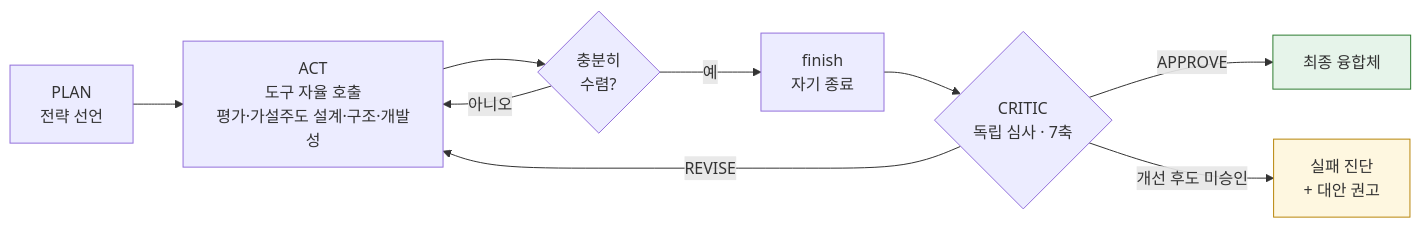
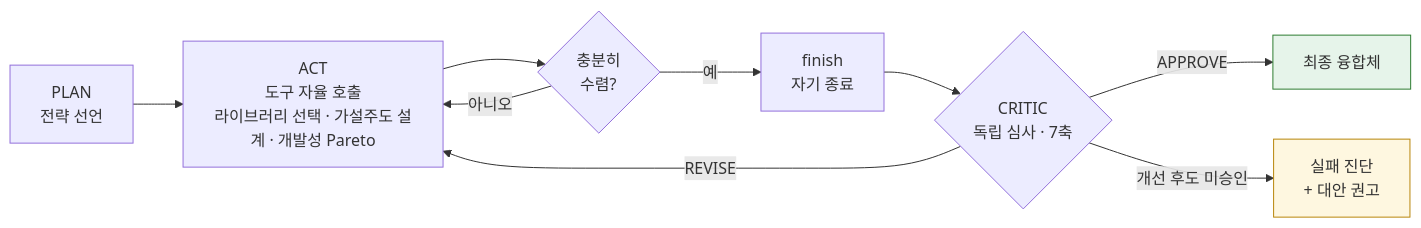
The fourth of 9 diagrams in 아키텍처.md (yunseul6028/BBB-Optimizer), drawn with Mermaid before and after one commit. The commit also changed other lines of this file and 22 other files, not shown here.

````diff
--- a/아키텍처.md
+++ b/아키텍처.md
@@ -160,14 +163,14 @@
 ```mermaid
 flowchart LR
-  P["PLAN<br/>전략 선언"] --> A["ACT<br/>도구 자율 호출<br/>평가·가설주도 설계·구조·개발성"]
+  P["PLAN<br/>전략 선언"] --> A["ACT<br/>도구 자율 호출<br/>라이브러리 선택 · 가설주도 설계 · 개발성 Pareto"]
   A --> Q{"충분히<br/>수렴?"}
   Q -->|아니오| A
   Q -->|예| FIN["finish<br/>자기 종료"]
   FIN --> C{"CRITIC<br/>독립 심사 · 7축"}
   C -->|APPROVE| OUT["최종 융합체"]:::ok
   C -->|REVISE| A
   C -->|"개선 후도 미승인"| REC["실패 진단<br/>+ 대안 권고"]:::warn
 
   classDef ok fill:#e6f4ea,stroke:#2e7d32;
   classDef warn fill:#fef7e0,stroke:#b8860b;
 ```
````
